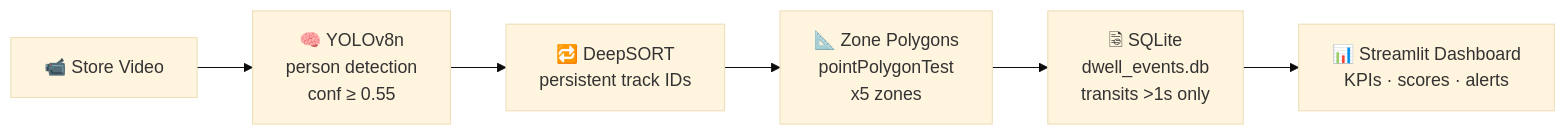
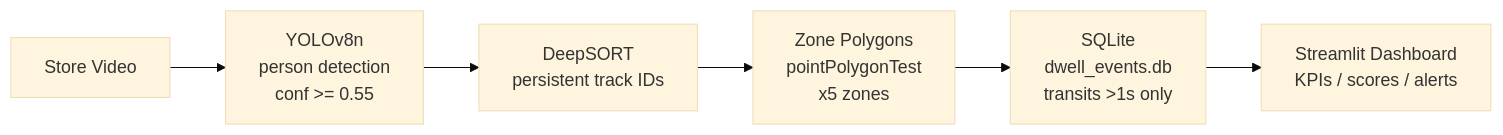
The diagram in README.md (KiritoH4Z3/Retail-Analytics), drawn with Mermaid (base theme) before and after one commit.

Commit message:
docs: fix corrupted SQLite emoji in architecture diagram

````diff
--- a/README.md
+++ b/README.md
@@ -51,8 +51,8 @@
 ```mermaid
 flowchart LR
-    A[📹 Store Video] --> B[🧠 YOLOv8n<br/>person detection<br/>conf ≥ 0.55]
-    B --> C[🔁 DeepSORT<br/>persistent track IDs]
-    C --> D[📐 Zone Polygons<br/>pointPolygonTest<br/>x5 zones]
-    D --> E[🗟️ SQLite<br/>dwell_events.db<br/>transits >1s only]
-    E --> F[📊 Streamlit Dashboard<br/>KPIs · scores · alerts]
+    A[Store Video] --> B[YOLOv8n<br/>person detection<br/>conf >= 0.55]
+    B --> C[DeepSORT<br/>persistent track IDs]
+    C --> D[Zone Polygons<br/>pointPolygonTest<br/>x5 zones]
+    D --> E[SQLite<br/>dwell_events.db<br/>transits >1s only]
+    E --> F[Streamlit Dashboard<br/>KPIs / scores / alerts]
 ```
````
